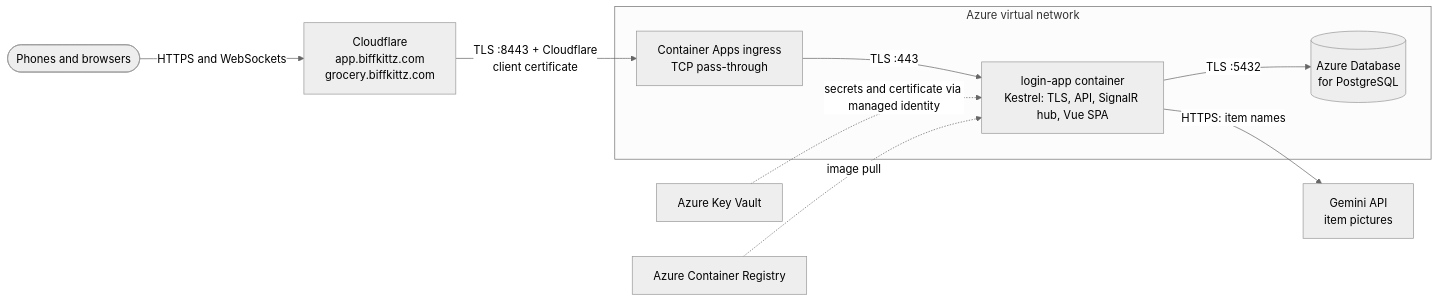
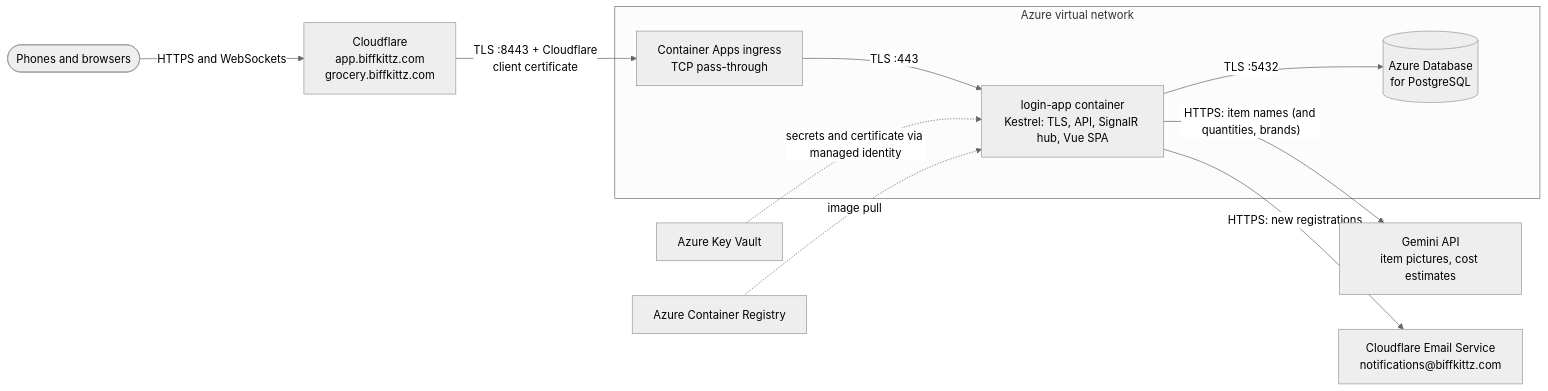
The diagram in README.md (biffkittz/login-app), drawn with Mermaid (neutral theme) before and after one commit. The commit also changed other lines of this file and 83 other files, not shown here.

Commit message:
cost estimates

````diff
--- a/README.md
+++ b/README.md
@@ -21,12 +21,13 @@
 ```mermaid
 flowchart LR
   user([Phones and browsers]) -->|"HTTPS and WebSockets"| cf[Cloudflare<br/>app.biffkittz.com<br/>grocery.biffkittz.com]
   cf -->|"TLS :8443 + Cloudflare<br/>client certificate"| ingress[Container Apps ingress<br/>TCP pass-through]
   subgraph vnet[Azure virtual network]
     ingress -->|"TLS :443"| app[login-app container<br/>Kestrel: TLS, API, SignalR hub, Vue SPA]
     app -->|TLS :5432| pg[(Azure Database<br/>for PostgreSQL)]
   end
   kv[Azure Key Vault] -.->|secrets and certificate via managed identity| app
   acr[Azure Container Registry] -.->|image pull| app
-  app -->|"HTTPS: item names"| gemini[Gemini API<br/>item pictures]
+  app -->|"HTTPS: item names (and quantities, brands)"| gemini[Gemini API<br/>item pictures, cost estimates]
+  app -->|"HTTPS: new registrations"| mail[Cloudflare Email Service<br/>notifications@biffkittz.com]
 ```
````
